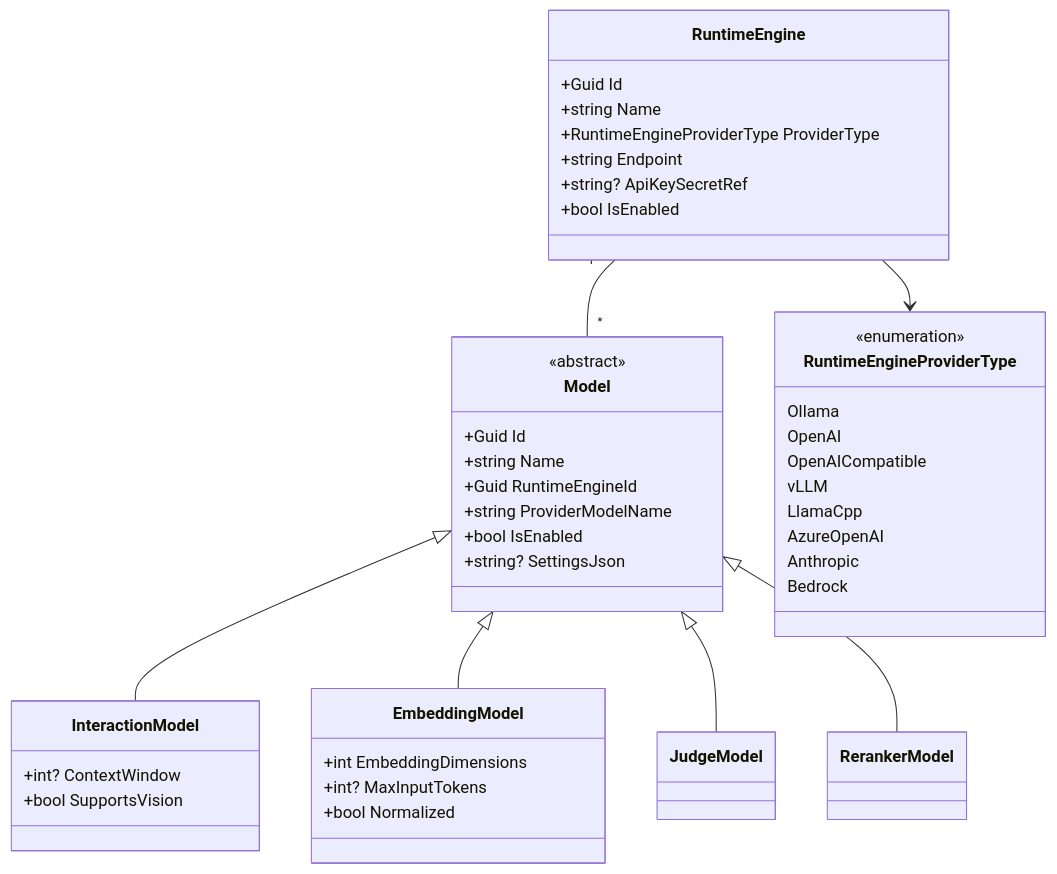
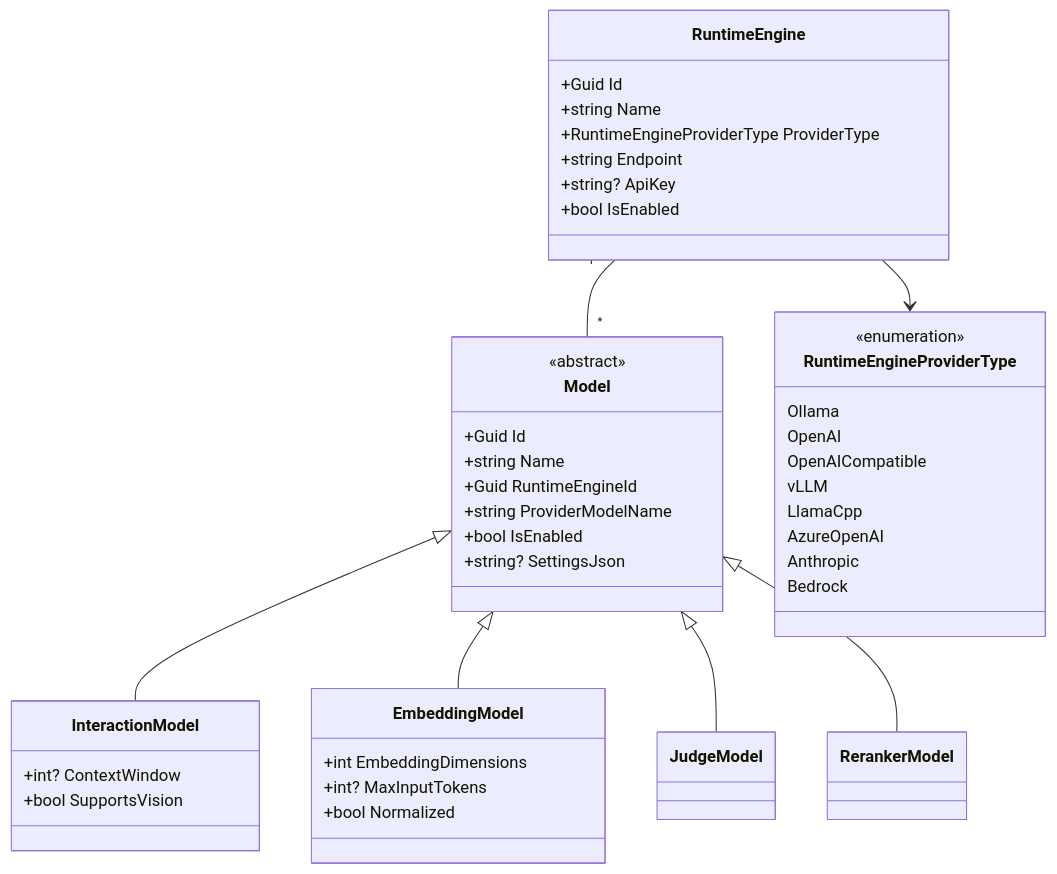
Before and after one commit to PrasannaTandukar/bitcraft: the third of 8 diagrams in docs/architecture.md, drawn with Mermaid. The commit also changed other lines of this file and 64 other files, not shown here.

````diff
--- a/docs/architecture.md
+++ b/docs/architecture.md
@@ -128,48 +128,48 @@
 ```mermaid
 classDiagram
     class RuntimeEngine {
         +Guid Id
         +string Name
         +RuntimeEngineProviderType ProviderType
         +string Endpoint
-        +string? ApiKeySecretRef
+        +string? ApiKey
         +bool IsEnabled
     }
     class Model {
         <<abstract>>
         +Guid Id
         +string Name
         +Guid RuntimeEngineId
         +string ProviderModelName
         +bool IsEnabled
         +string? SettingsJson
     }
     class InteractionModel {
         +int? ContextWindow
         +bool SupportsVision
     }
     class EmbeddingModel {
         +int EmbeddingDimensions
         +int? MaxInputTokens
         +bool Normalized
     }
     class JudgeModel
     class RerankerModel
     class RuntimeEngineProviderType {
         <<enumeration>>
         Ollama
         OpenAI
         OpenAICompatible
         vLLM
         LlamaCpp
         AzureOpenAI
         Anthropic
         Bedrock
     }
     Model <|-- InteractionModel
     Model <|-- EmbeddingModel
     Model <|-- JudgeModel
     Model <|-- RerankerModel
     RuntimeEngine "1" -- "*" Model
     RuntimeEngine --> RuntimeEngineProviderType
 ```
````
